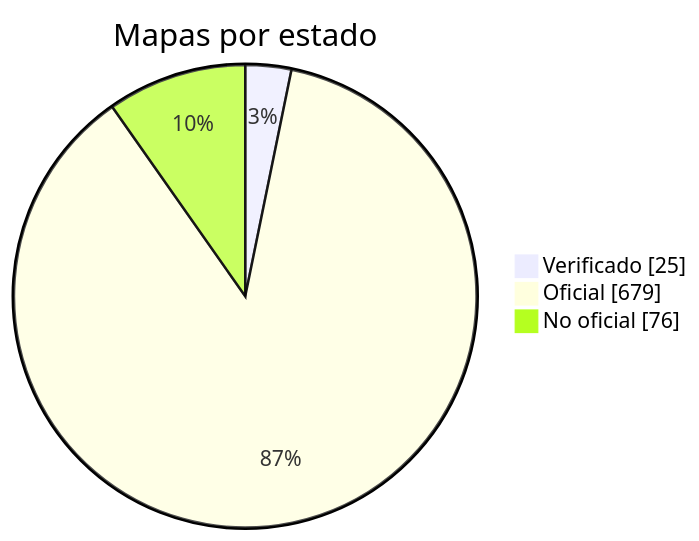
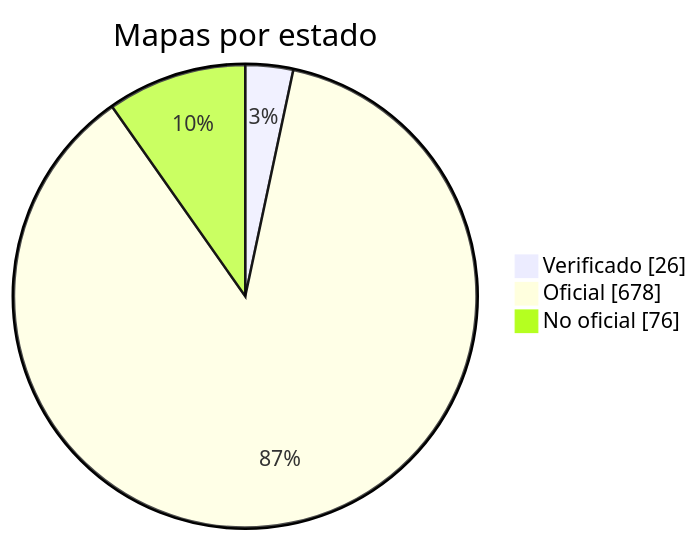
One commit to nobrega8/mbmap-library changed the diagram in docs/readme/README_ES.md. Above: the diagram before and after it, drawn with Mermaid. The commit also changed 7 other files, not shown here.

````diff
--- a/docs/readme/README_ES.md
+++ b/docs/readme/README_ES.md
@@ -54,7 +54,7 @@
 ```mermaid
 pie showData
     title Mapas por estado
-    "Verificado" : 25
-    "Oficial" : 679
+    "Verificado" : 26
+    "Oficial" : 678
     "No oficial" : 76
 ```
````
